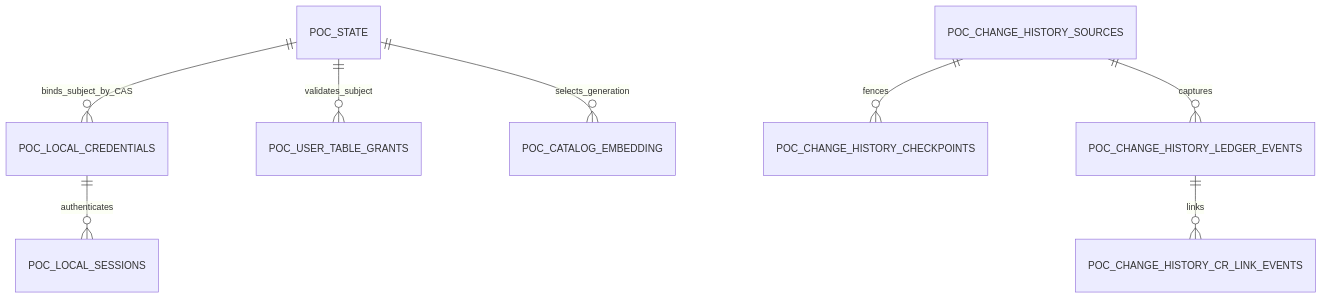
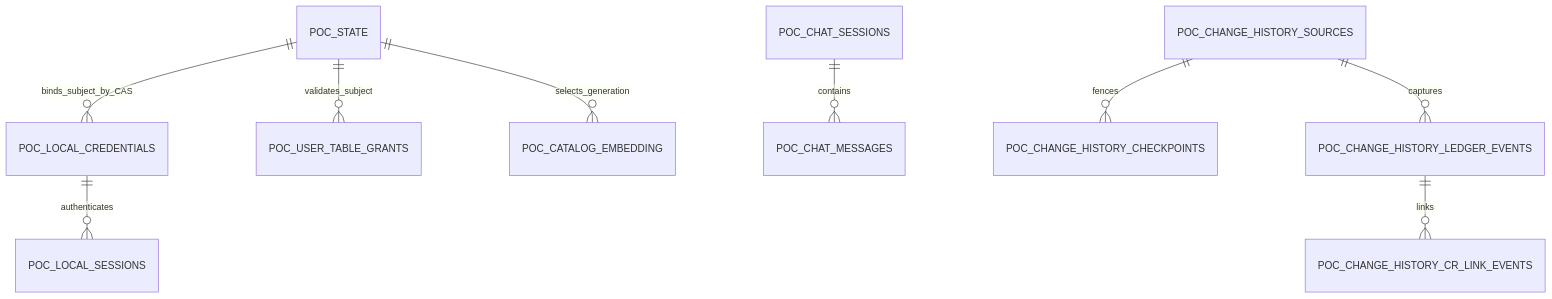
Before and after one commit to Ever-Real/datariver_poc_v0: the second of 3 diagrams in docs/06_DATA_MODEL.md, drawn with Mermaid. The commit also changed other lines of this file and 10 other files, not shown here.

````diff
--- a/docs/06_DATA_MODEL.md
+++ b/docs/06_DATA_MODEL.md
@@ -120,10 +123,11 @@
 ```mermaid
 erDiagram
     POC_STATE ||--o{ POC_LOCAL_CREDENTIALS : binds_subject_by_CAS
     POC_LOCAL_CREDENTIALS ||--o{ POC_LOCAL_SESSIONS : authenticates
     POC_STATE ||--o{ POC_USER_TABLE_GRANTS : validates_subject
+    POC_CHAT_SESSIONS ||--o{ POC_CHAT_MESSAGES : contains
     POC_CHANGE_HISTORY_SOURCES ||--o{ POC_CHANGE_HISTORY_CHECKPOINTS : fences
     POC_CHANGE_HISTORY_SOURCES ||--o{ POC_CHANGE_HISTORY_LEDGER_EVENTS : captures
     POC_CHANGE_HISTORY_LEDGER_EVENTS ||--o{ POC_CHANGE_HISTORY_CR_LINK_EVENTS : links
     POC_STATE ||--o{ POC_CATALOG_EMBEDDING : selects_generation
 ```
````
